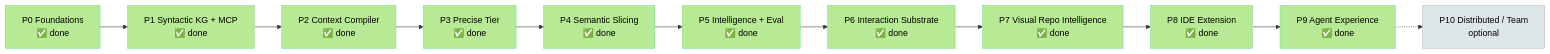
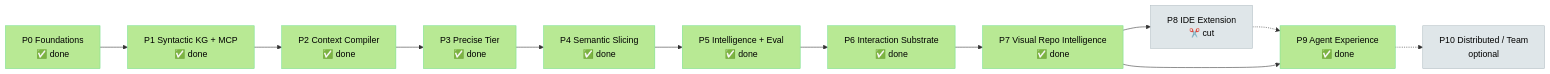
Before and after one commit to Md-Jazbee/prism: the first of 2 diagrams in docs/planning/TASKS-AND-PROGRESS.md, drawn with Mermaid. The commit also changed other lines of this file and 50 other files, not shown here.

First line of the commit message:
Cut the VS Code extension; make CLI + MCP the product surface.

````diff
--- a/docs/planning/TASKS-AND-PROGRESS.md
+++ b/docs/planning/TASKS-AND-PROGRESS.md
@@ -33,26 +33,26 @@
 ```mermaid
 flowchart LR
     P0[P0 Foundations<br/>✅ done] --> P1[P1 Syntactic KG + MCP<br/>✅ done]
     P1 --> P2[P2 Context Compiler<br/>✅ done]
     P2 --> P3[P3 Precise Tier<br/>✅ done]
     P3 --> P4[P4 Semantic Slicing<br/>✅ done]
     P4 --> P5[P5 Intelligence + Eval<br/>✅ done]
     P5 --> P6[P6 Interaction Substrate<br/>✅ done]
     P6 --> P7[P7 Visual Repo Intelligence<br/>✅ done]
-    P7 --> P8[P8 IDE Extension<br/>✅ done]
-    P8 --> P9[P9 Agent Experience<br/>✅ done]
+    P7 --> P8[P8 IDE Extension<br/>✂️ cut]
+    P8 -.-> P9[P9 Agent Experience<br/>✅ done]
+    P7 --> P9
     P9 -.-> P10[P10 Distributed / Team<br/>optional]
 
     style P0 fill:#b8e994,stroke:#78e08f,color:#000
     style P1 fill:#b8e994,stroke:#78e08f,color:#000
     style P2 fill:#b8e994,stroke:#78e08f,color:#000
     style P3 fill:#b8e994,stroke:#78e08f,color:#000
     style P4 fill:#b8e994,stroke:#78e08f,color:#000
     style P5 fill:#b8e994,stroke:#78e08f,color:#000
     style P6 fill:#b8e994,stroke:#78e08f,color:#000
     style P7 fill:#b8e994,stroke:#78e08f,color:#000
-    style P7 fill:#b8e994,stroke:#78e08f,color:#000
-    style P8 fill:#b8e994,stroke:#78e08f,color:#000
+    style P8 fill:#dfe6e9,stroke:#b2bec3,color:#000
     style P9 fill:#b8e994,stroke:#78e08f,color:#000
     style P10 fill:#dfe6e9,stroke:#b2bec3,color:#000
 ```
````
